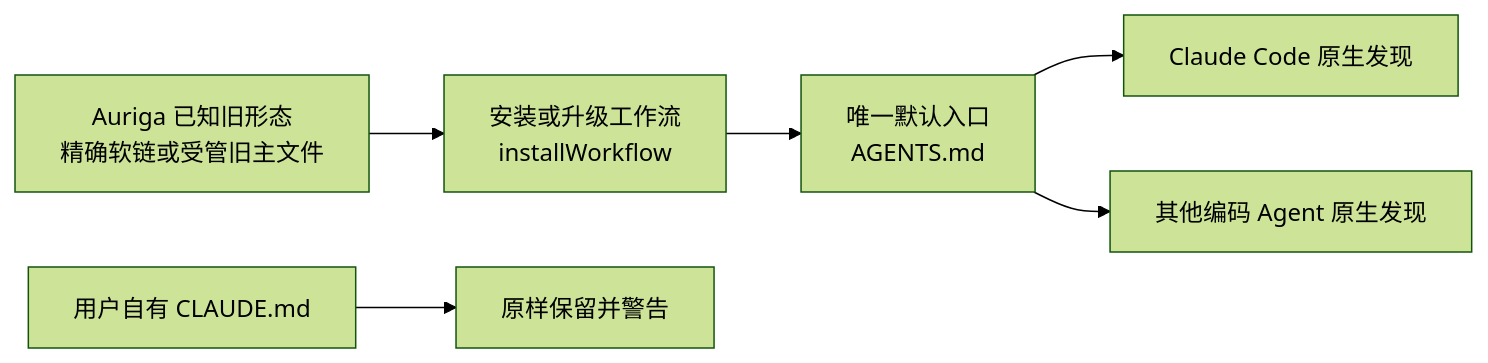
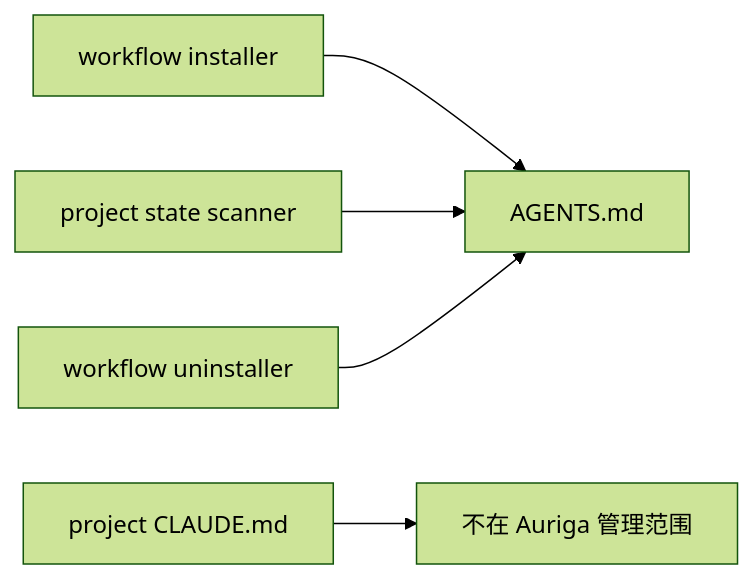
Before and after one commit to Ben2pc/auriga-cli: the diagram in docs/specs/native-agents-md/arch_design.md, drawn with Mermaid (forest theme). The commit also changed other lines of this file and 25 other files, not shown here.

Commit message:
refactor(workflow): remove legacy Claude compatibility

````diff
--- a/docs/specs/native-agents-md/arch_design.md
+++ b/docs/specs/native-agents-md/arch_design.md
@@ -53,8 +12,7 @@
 ```mermaid
 flowchart LR
-    Installer[安装或升级工作流<br/>installWorkflow] --> Primary[唯一默认入口<br/>AGENTS.md]
-    Legacy[Auriga 已知旧形态<br/>精确软链或受管旧主文件] --> Installer
-    Foreign[用户自有 CLAUDE.md] --> Preserve[原样保留并警告]
-    Primary --> Claude[Claude Code 原生发现]
-    Primary --> OtherAgents[其他编码 Agent 原生发现]
+    Installer[workflow installer] --> Agents[AGENTS.md]
+    Scanner[project state scanner] --> Agents
+    Uninstaller[workflow uninstaller] --> Agents
+    ClaudeFile[project CLAUDE.md] --> Outside[不在 Auriga 管理范围]
 ```
````
